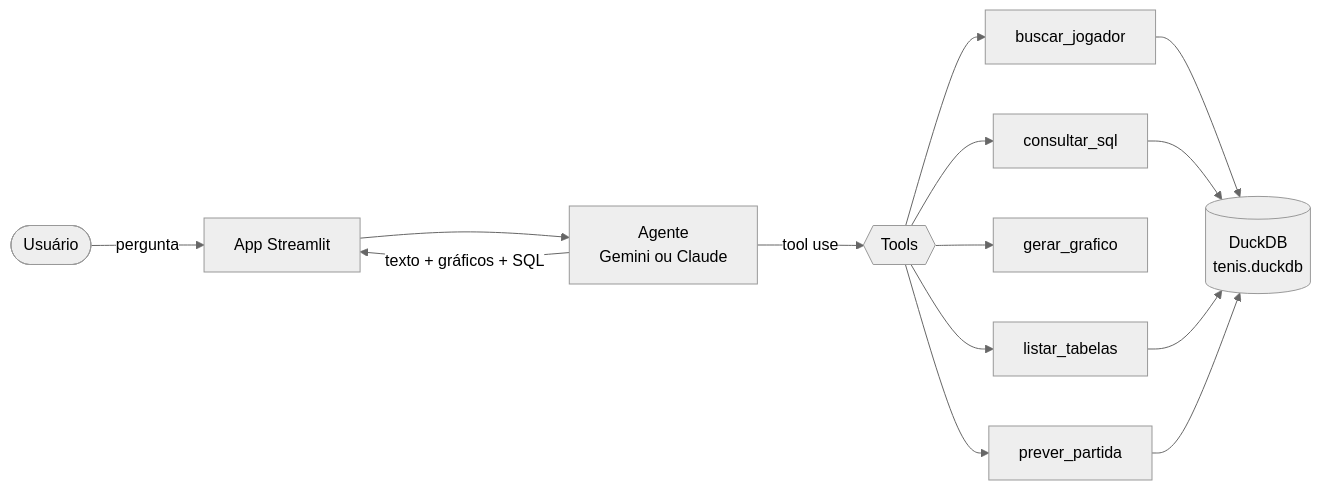
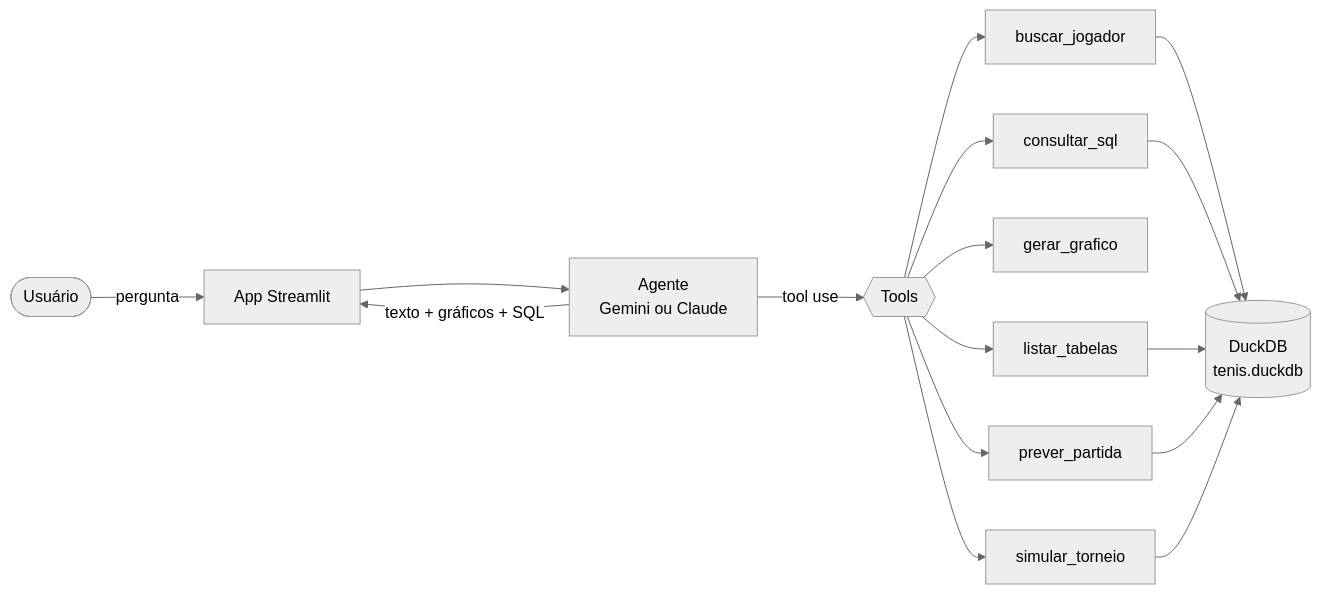
Before and after one commit to diegookaique/scout-tenis-ia: the diagram in README.md, drawn with Mermaid (neutral theme). The commit also changed other lines of this file and 14 other files, not shown here.

````diff
--- a/README.md
+++ b/README.md
@@ -48,16 +50,18 @@
 ```mermaid
 flowchart LR
     U([Usuário]) -->|pergunta| S[App Streamlit]
     S --> A[Agente<br/>Gemini ou Claude]
     A -->|tool use| T{{Tools}}
     T --> B[buscar_jogador]
     T --> Q[consultar_sql]
     T --> G[gerar_grafico]
     T --> L[listar_tabelas]
     T --> P[prever_partida]
+    T --> M[simular_torneio]
     B --> D[(DuckDB<br/>tenis.duckdb)]
     Q --> D
     L --> D
     P --> D
+    M --> D
     A -->|texto + gráficos + SQL| S
 ```
````
